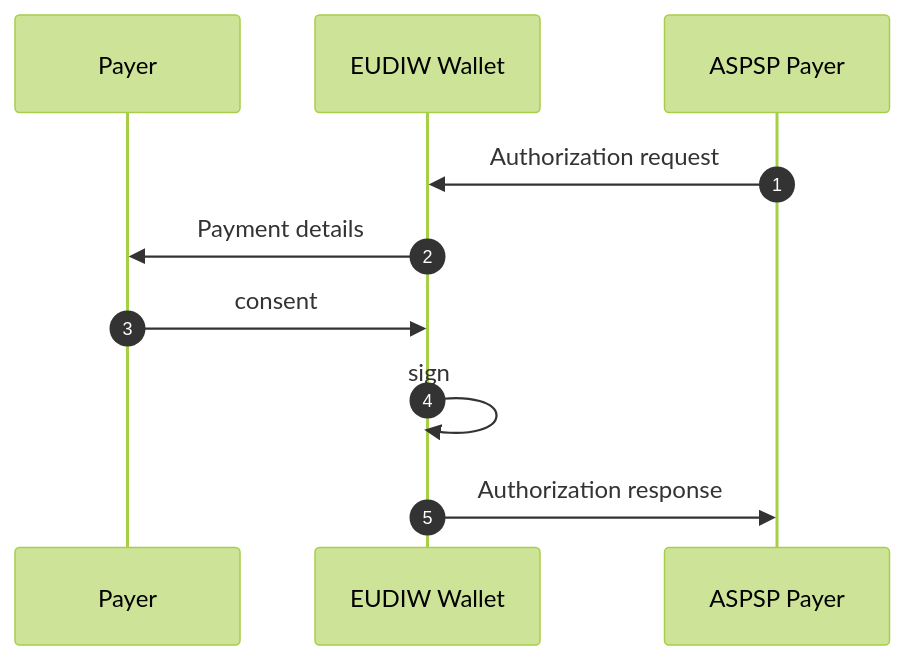
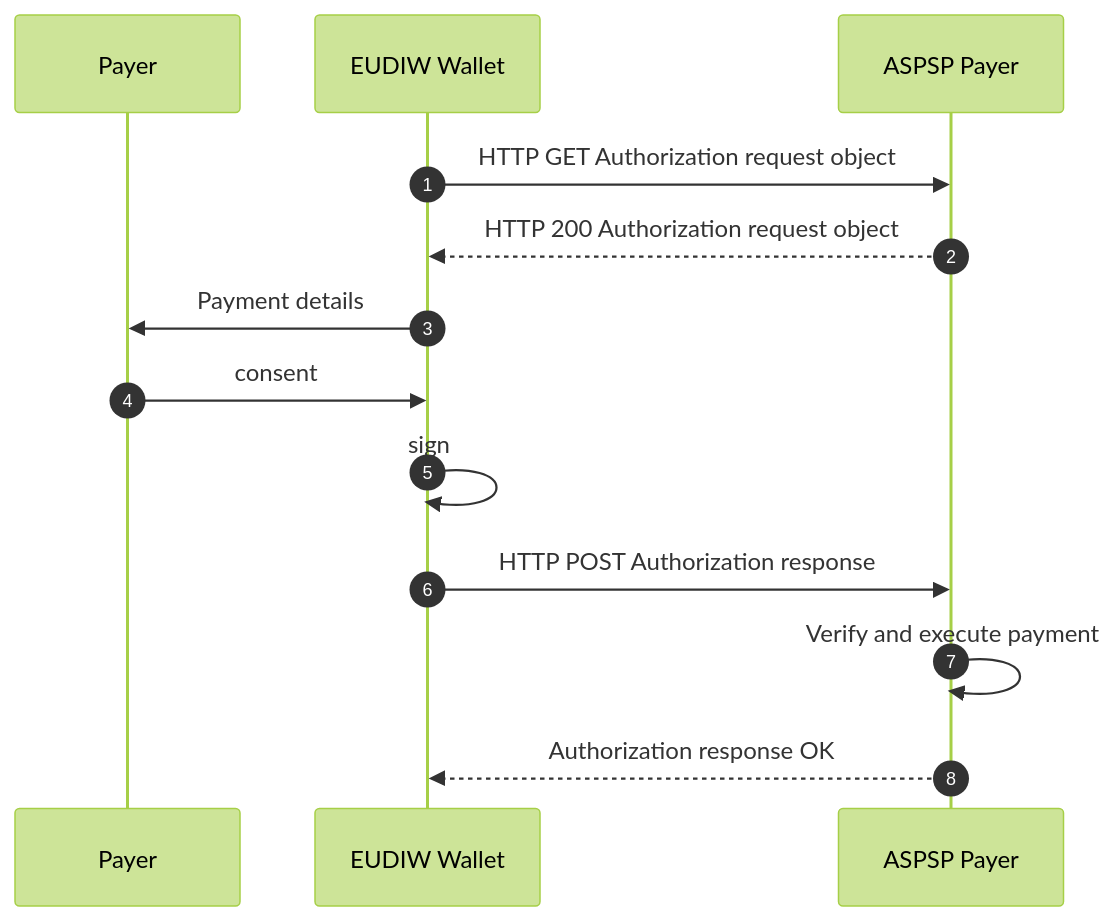
Before and after one commit to digitallabor-berlin/eudiw-sca: the third of 4 diagrams in openbanking-r2s.md, drawn with Mermaid (forest theme). The commit also changed other lines of this file, not shown here.

Commit message:
added HTTP codes

````diff
--- a/openbanking-r2s.md
+++ b/openbanking-r2s.md
@@ -146,14 +146,18 @@
 ```mermaid
 
 sequenceDiagram
     autonumber
     participant payer as Payer
     participant uw as EUDIW Wallet
     participant bank as ASPSP Payer
     
-    bank ->> uw: Authorization request
+    uw ->> bank: HTTP GET Authorization request object
+    bank -->> uw: HTTP 200 Authorization request object
     uw->>payer: Payment details
     payer->> uw: consent
     uw->>uw: sign
-    uw->>bank: Authorization response
+    uw->>bank: HTTP POST Authorization response
+    bank ->> bank: Verify and execute payment
+    bank -->> uw: Authorization response OK
+
 ```
````
